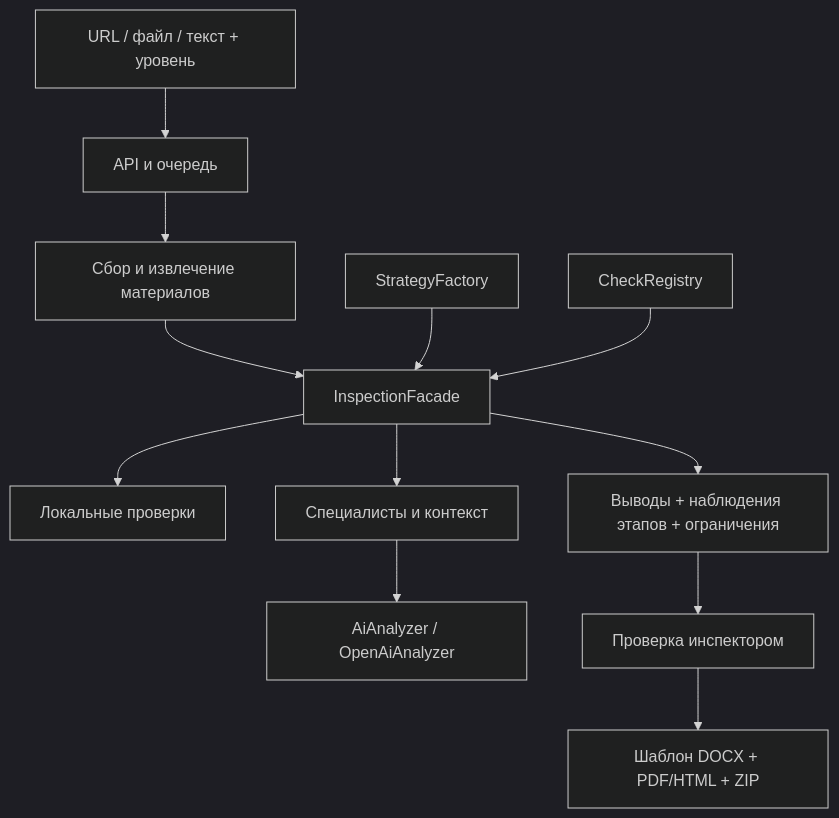
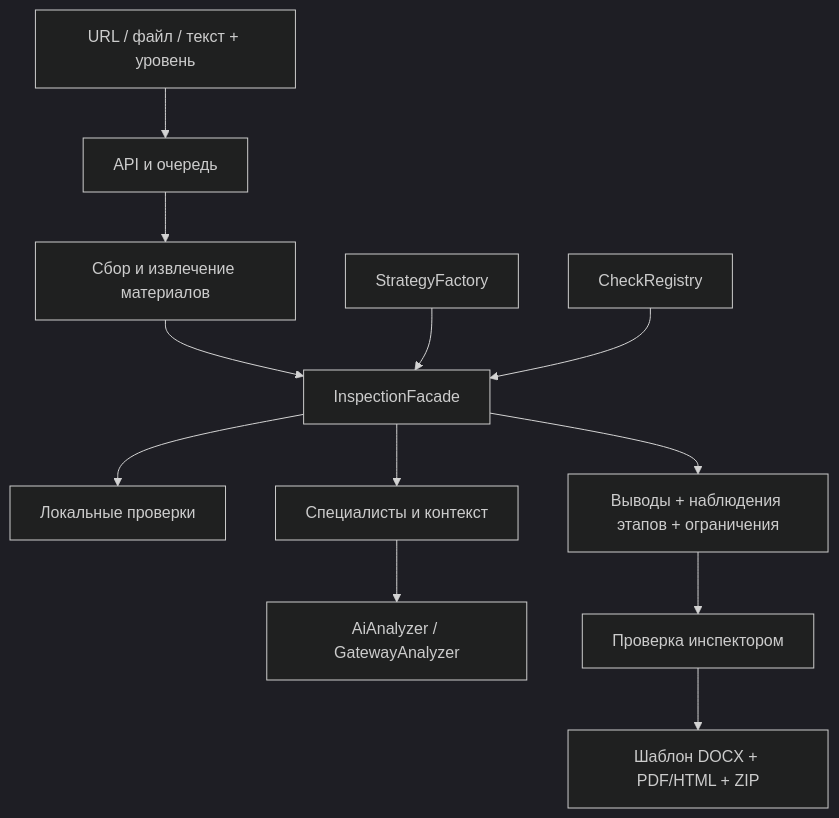
The first of 2 diagrams in docs/ARCHITECTURE.md (Bekzaat17/aigak), drawn with Mermaid (dark theme) before and after one commit. The commit also changed other lines of this file and 31 other files, not shown here.

````diff
--- a/docs/ARCHITECTURE.md
+++ b/docs/ARCHITECTURE.md
@@ -5,14 +5,14 @@
 ```mermaid
 flowchart TD
   UI[URL / файл / текст + уровень] --> API[API и очередь]
   API --> Collect[Сбор и извлечение материалов]
   Collect --> Facade[InspectionFacade]
   Factory[StrategyFactory] --> Facade
   Registry[CheckRegistry] --> Facade
   Facade --> Rules[Локальные проверки]
   Facade --> AI[Специалисты и контекст]
-  AI --> Adapter[AiAnalyzer / OpenAiAnalyzer]
+  AI --> Adapter[AiAnalyzer / GatewayAnalyzer]
   Facade --> Result[Выводы + наблюдения этапов + ограничения]
   Result --> Inspector[Проверка инспектором]
   Inspector --> Export[Шаблон DOCX + PDF/HTML + ZIP]
 ```
````
